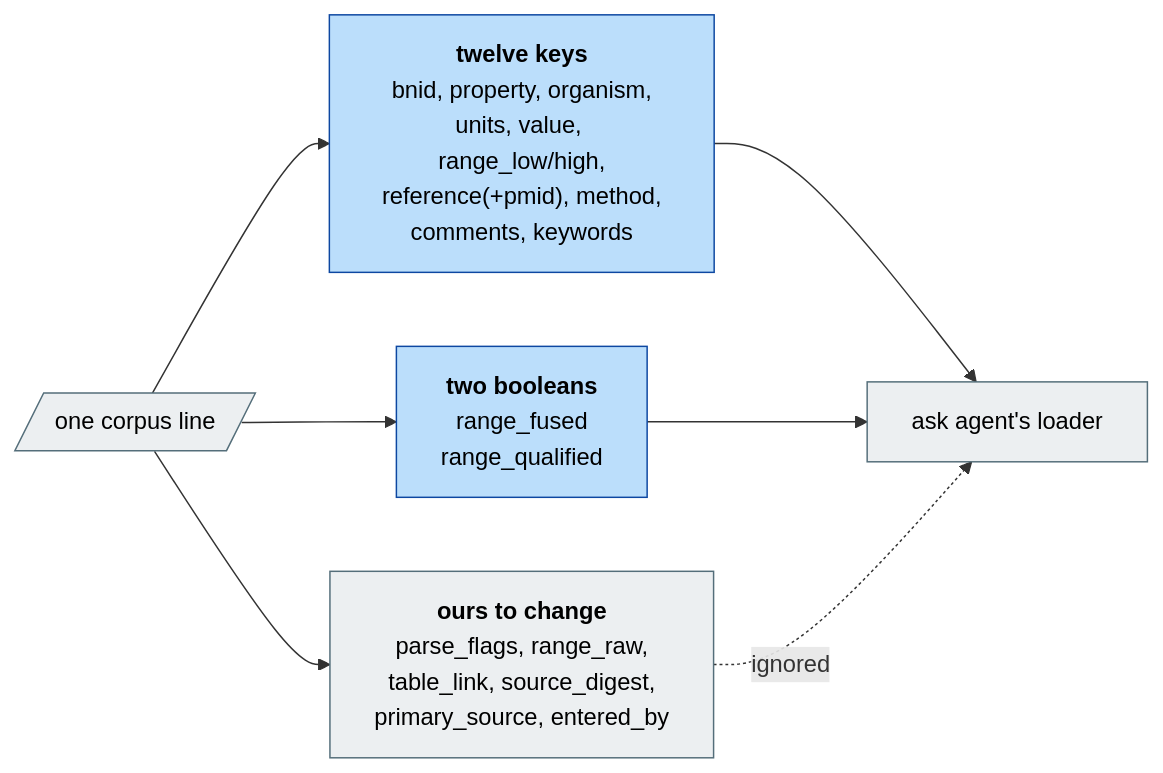
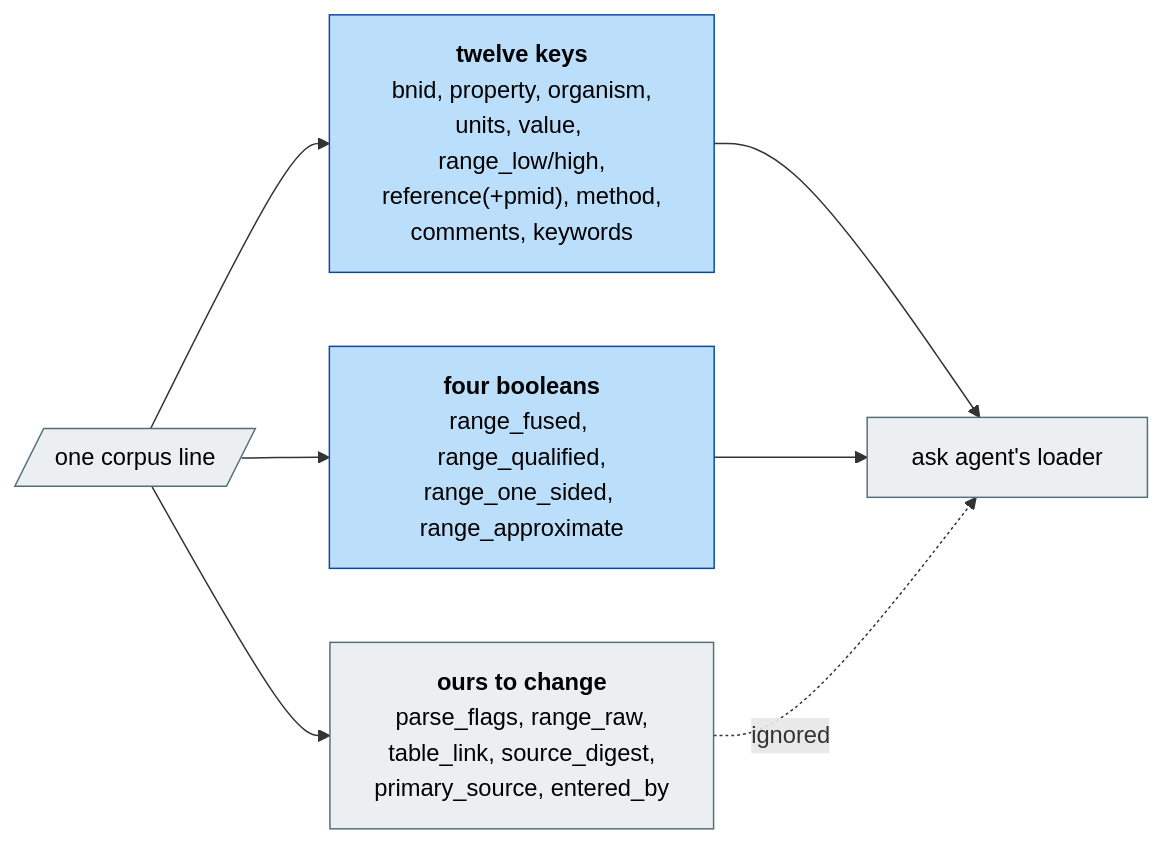
Before and after one commit to DukeOfErl/Numera: the second of 2 diagrams in docs/diagrams/architecture.md, drawn with Mermaid. The commit also changed other lines of this file and 7 other files, not shown here.

````diff
--- a/docs/diagrams/architecture.md
+++ b/docs/diagrams/architecture.md
@@ -50,18 +50,18 @@
 ```mermaid
 flowchart LR
     line[/"one corpus line"/]
     twelve["<b>twelve keys</b><br/>bnid, property, organism,<br/>units, value, range_low/high,<br/>reference(+pmid), method,<br/>comments, keywords"]
-    predicates["<b>two booleans</b><br/>range_fused<br/>range_qualified"]
+    predicates["<b>four booleans</b><br/>range_fused, range_qualified,<br/>range_one_sided, range_approximate"]
     internal["<b>ours to change</b><br/>parse_flags, range_raw,<br/>table_link, source_digest,<br/>primary_source, entered_by"]
     loader["ask agent's loader"]
 
     line --> twelve --> loader
     line --> predicates --> loader
     line --> internal -.->|"ignored"| loader
 
     classDef comp fill:#bbdefb,stroke:#0d47a1,color:#000
     classDef out fill:#eceff1,stroke:#546e7a,color:#000
     class twelve,predicates comp
     class internal,loader out
     class line out
 ```
````
